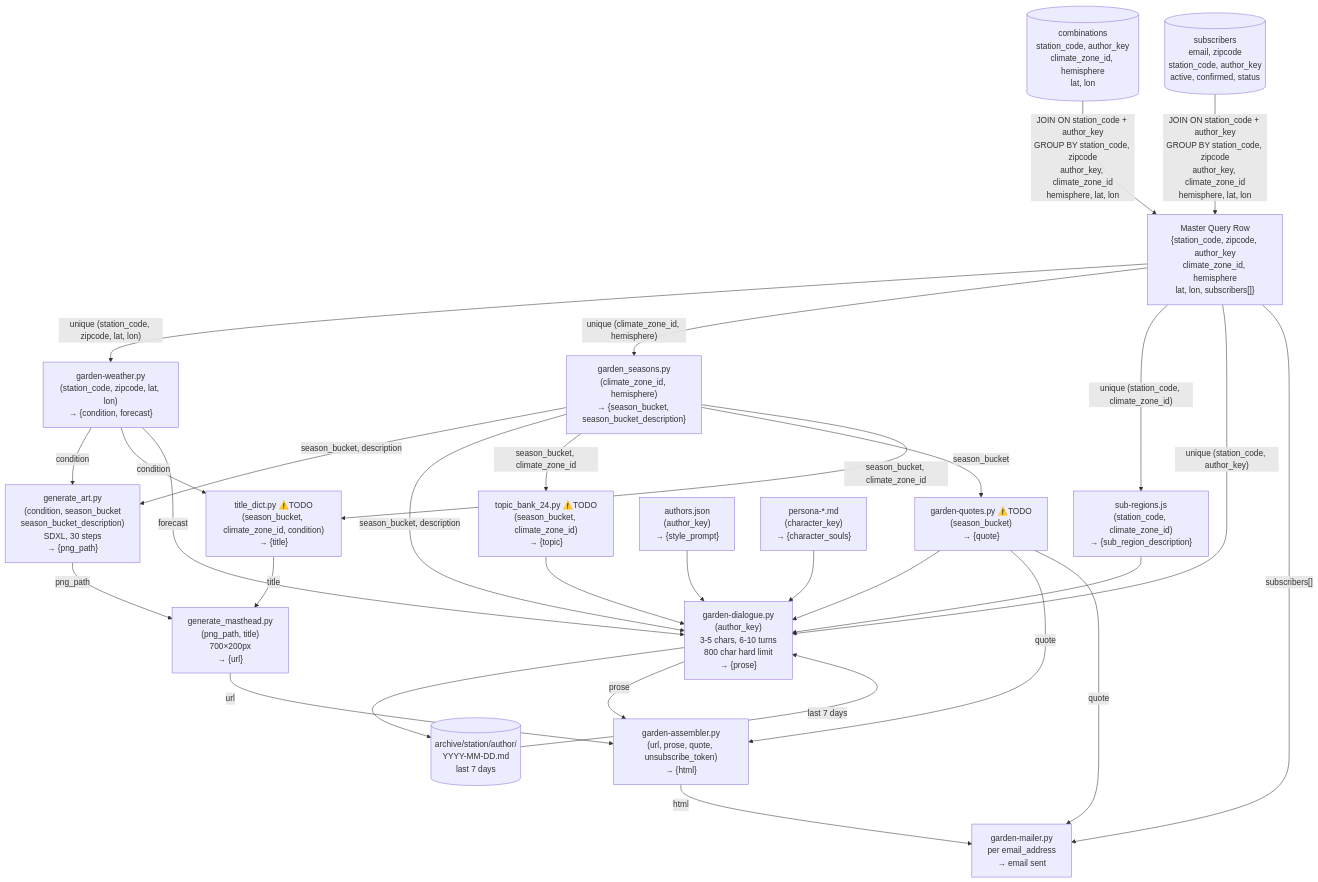
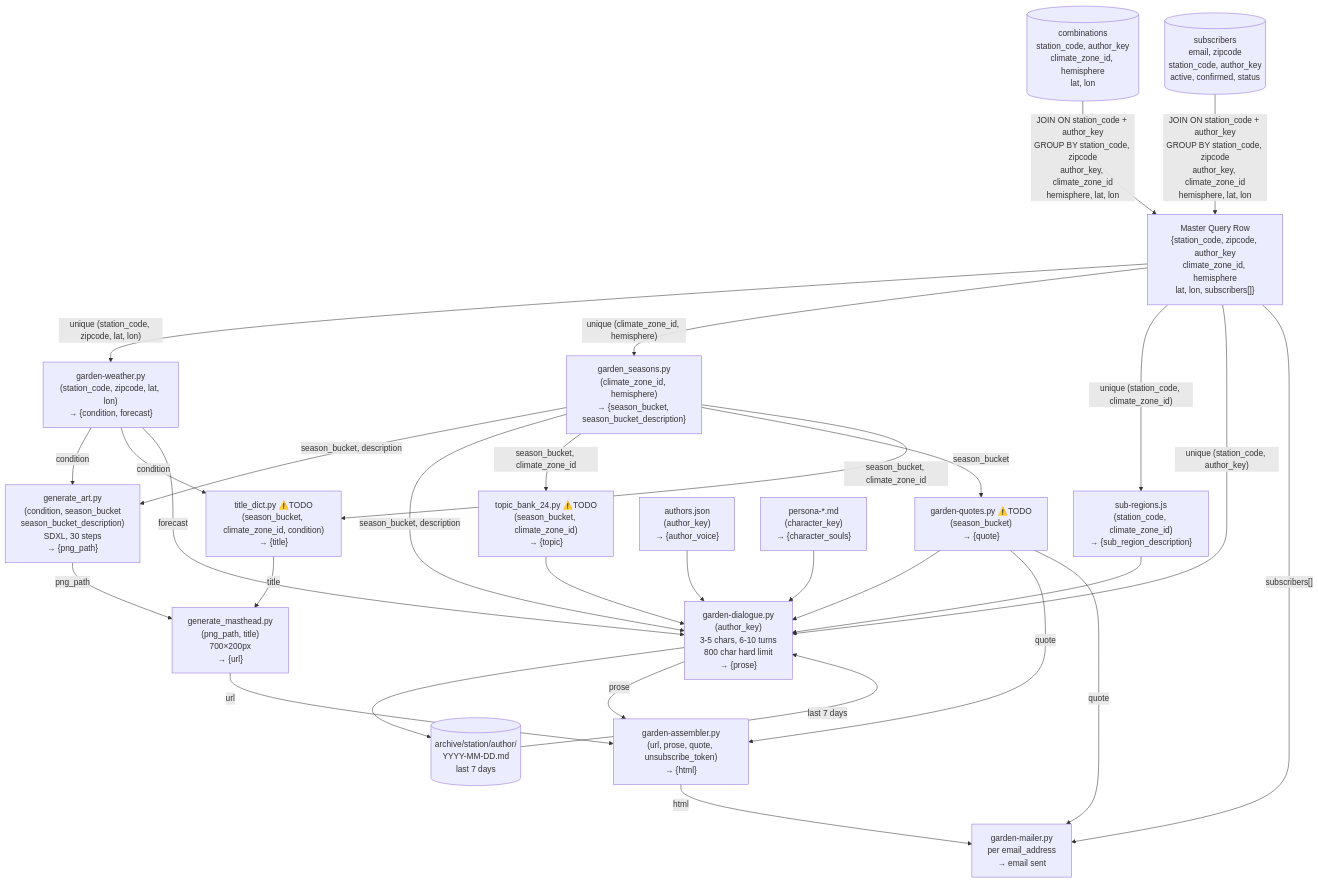
One commit to Outerfit-net/theplotline changed the second of 3 diagrams in docs/THE-GARDEN-architecture.md. Above: the diagram before and after it, drawn with Mermaid. The commit also changed other lines of this file, not shown here.

Commit message:
docs: rewrite object model — 4-column table, add Garden Context stage, author_voice consistent, Dialogue grain corrected to (climate_zone_id, author_key)

````diff
--- a/docs/THE-GARDEN-architecture.md
+++ b/docs/THE-GARDEN-architecture.md
@@ -652,63 +655,63 @@
 ```mermaid
 flowchart TD
 
     DB_COMBO[("combinations\nstation_code, author_key\nclimate_zone_id, hemisphere\nlat, lon")]
     DB_SUB[("subscribers\nemail, zipcode\nstation_code, author_key\nactive, confirmed, status")]
 
     DB_COMBO & DB_SUB -->|"JOIN ON station_code + author_key\nGROUP BY station_code, zipcode\nauthor_key, climate_zone_id\nhemisphere, lat, lon"| QUERY
 
     QUERY["Master Query Row\n{station_code, zipcode, author_key\nclimate_zone_id, hemisphere\nlat, lon, subscribers[]}"]
 
     QUERY -->|"unique (station_code, zipcode, lat, lon)"| WEATHER
     QUERY -->|"unique (climate_zone_id, hemisphere)"| SOLAR
     QUERY -->|"unique (station_code, climate_zone_id)"| SUBR
     QUERY -->|"unique (station_code, author_key)"| DIALOGUE
     QUERY -->|"subscribers[]"| DELIVERY
 
     WEATHER["garden-weather.py\n(station_code, zipcode, lat, lon)\n→ {condition, forecast}"]
     SOLAR["garden_seasons.py\n(climate_zone_id, hemisphere)\n→ {season_bucket, season_bucket_description}"]
 
     WEATHER -->|condition| ART
     WEATHER -->|condition| TITLEDICT
     WEATHER -->|forecast| DIALOGUE
     SOLAR -->|season_bucket, description| ART
     SOLAR -->|season_bucket, description| DIALOGUE
     SOLAR -->|season_bucket, climate_zone_id| TOPIC
     SOLAR -->|season_bucket| QUOTE
     SOLAR -->|season_bucket, climate_zone_id| TITLEDICT
 
     SUBR["sub-regions.js\n(station_code, climate_zone_id)\n→ {sub_region_description}"]
     TOPIC["topic_bank_24.py ⚠️TODO\n(season_bucket, climate_zone_id)\n→ {topic}"]
     QUOTE["garden-quotes.py ⚠️TODO\n(season_bucket)\n→ {quote}"]
-    AUTH["authors.json\n(author_key)\n→ {style_prompt}"]
+    AUTH["authors.json\n(author_key)\n→ {author_voice}"]
     CHARS["persona-*.md\n(character_key)\n→ {character_souls}"]
     ARCHIVE[("archive/station/author/\nYYYY-MM-DD.md\nlast 7 days")]
     TITLEDICT["title_dict.py ⚠️TODO\n(season_bucket, climate_zone_id, condition)\n→ {title}"]
     ART["generate_art.py\n(condition, season_bucket\nseason_bucket_description)\nSDXL, 30 steps\n→ {png_path}"]
 
     SUBR --> DIALOGUE
     TOPIC --> DIALOGUE
     QUOTE --> DIALOGUE
     AUTH --> DIALOGUE
     CHARS --> DIALOGUE
     ARCHIVE -->|last 7 days| DIALOGUE
 
     DIALOGUE["garden-dialogue.py\n(author_key)\n3-5 chars, 6-10 turns\n800 char hard limit\n→ {prose}"]
 
     DIALOGUE --> ARCHIVE
     ART -->|png_path| MASTHEAD
     TITLEDICT -->|title| MASTHEAD
 
     MASTHEAD["generate_masthead.py\n(png_path, title)\n700×200px\n→ {url}"]
 
     MASTHEAD -->|url| ASSEMBLY
     DIALOGUE -->|prose| ASSEMBLY
     QUOTE -->|quote| ASSEMBLY
 
     ASSEMBLY["garden-assembler.py\n(url, prose, quote, unsubscribe_token)\n→ {html}"]
 
     ASSEMBLY -->|html| DELIVERY
     QUOTE -->|quote| DELIVERY
 
     DELIVERY["garden-mailer.py\nper email_address\n→ email sent"]
 ```
````
